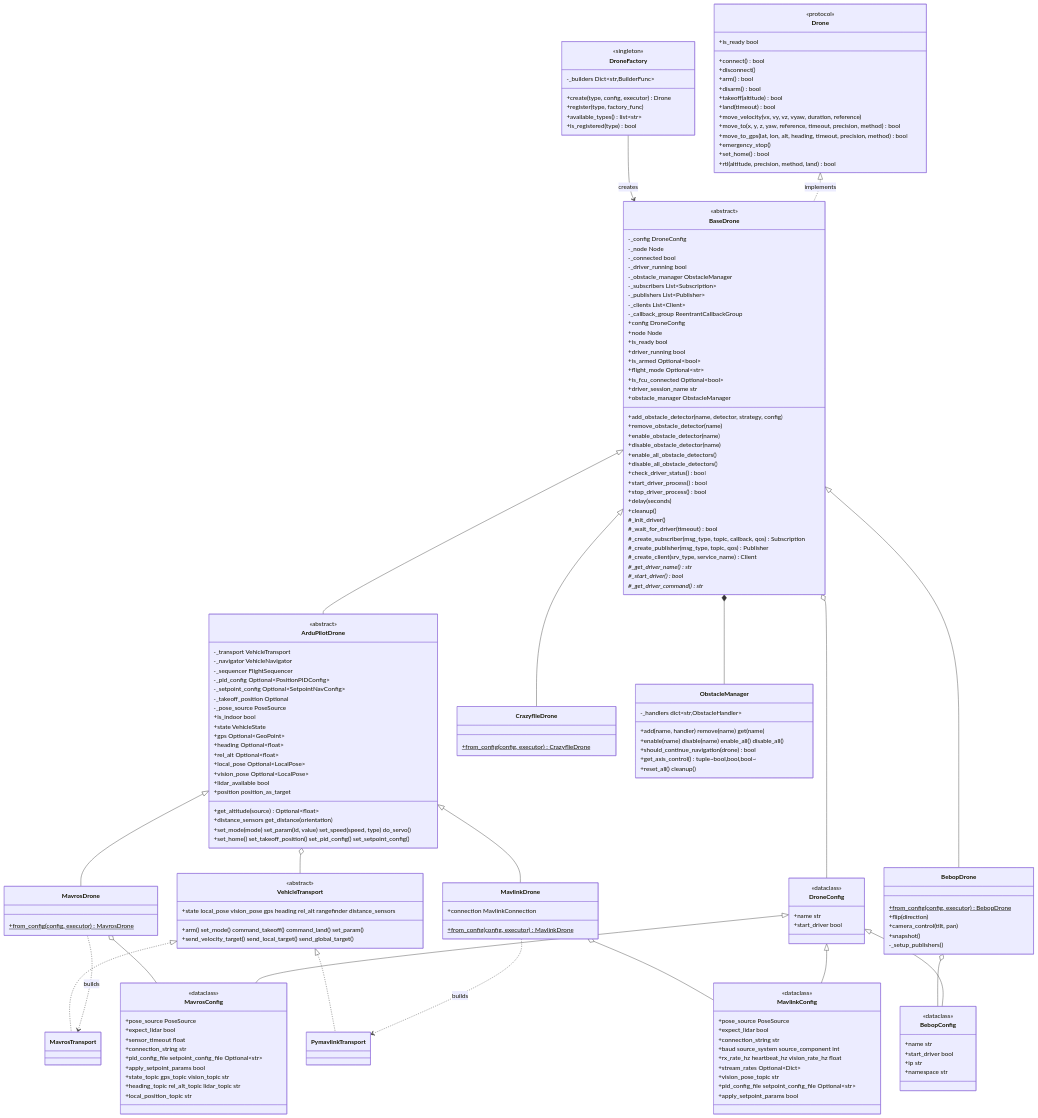
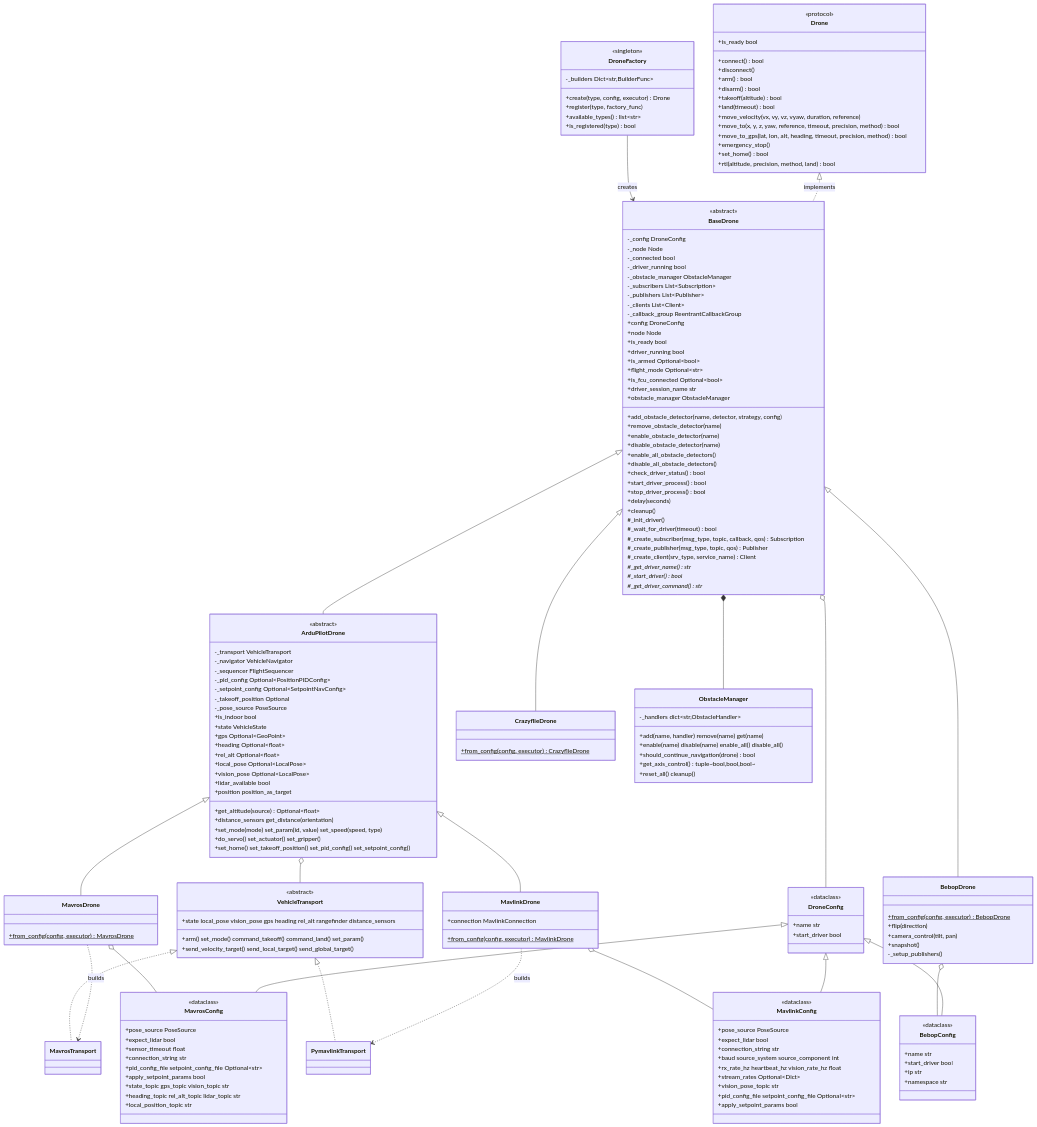
Before and after one commit to Black-Bee-Drones/nectar-sdk: the diagram in nectar/nectar/control/README.md, drawn with Mermaid. The commit also changed other lines of this file and 31 other files, not shown here.

Commit message:
feat(px4): introduce PX4 setpoint configuration and capabilities for actuator and gripper support

```diff
--- a/nectar/nectar/control/README.md
+++ b/nectar/nectar/control/README.md
@@ -110,7 +110,8 @@
         +position position_as_target
         +get_altitude(source) Optional~float~
         +distance_sensors get_distance(orientation)
-        +set_mode(mode) set_param(id, value) set_speed(speed, type) do_servo()
+        +set_mode(mode) set_param(id, value) set_speed(speed, type)
+        +do_servo() set_actuator() set_gripper()
         +set_home() set_takeoff_position() set_pid_config() set_setpoint_config()
     }
 
```
